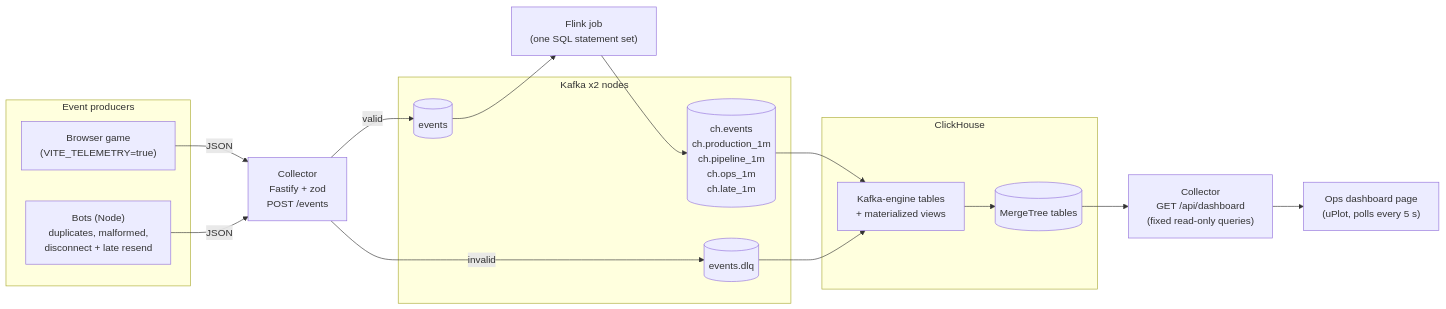
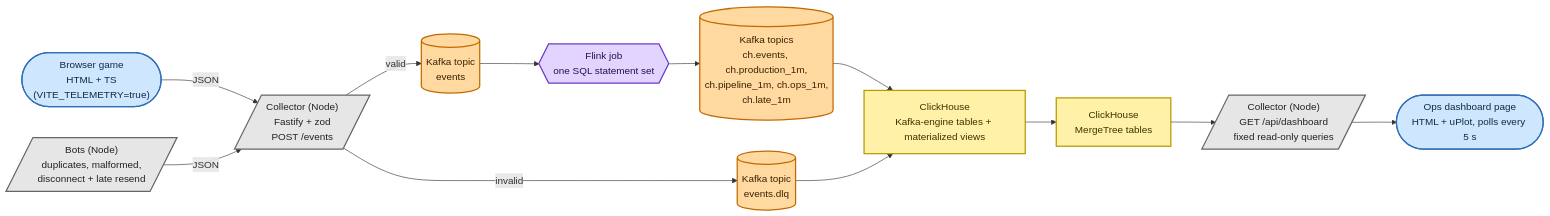
One commit to tses89214/Rise-Slime changed the first of 2 diagrams in docs/pipeline.md. Above: the diagram before and after it, drawn with Mermaid. The commit also changed other lines of this file and 11 other files, not shown here.

First line of the commit message:
M3 finish: tier/trait look + roster, Flink checkpoints and savepoint restart, colour-coded pipeline map

````diff
--- a/docs/pipeline.md
+++ b/docs/pipeline.md
@@ -8,32 +21,36 @@
 ```mermaid
 flowchart LR
-  subgraph clients[Event producers]
-    game["Browser game<br/>(VITE_TELEMETRY=true)"]
-    bots["Bots (Node)<br/>duplicates, malformed,<br/>disconnect + late resend"]
-  end
-  collector["Collector<br/>Fastify + zod<br/>POST /events"]
-  subgraph kafka[Kafka x2 nodes]
-    t_events[("events")]
-    t_dlq[("events.dlq")]
-    t_ch[("ch.events<br/>ch.production_1m<br/>ch.pipeline_1m<br/>ch.ops_1m<br/>ch.late_1m")]
-  end
-  flink["Flink job<br/>(one SQL statement set)"]
-  subgraph ch[ClickHouse]
-    chk["Kafka-engine tables<br/>+ materialized views"]
-    store[("MergeTree tables")]
-  end
-  api["Collector<br/>GET /api/dashboard<br/>(fixed read-only queries)"]
-  dash["Ops dashboard page<br/>(uPlot, polls every 5 s)"]
+  classDef kafka fill:#FFD9A0,stroke:#C26A00,color:#3a2200,stroke-width:2px
+  classDef flink fill:#E3D4FF,stroke:#6A3DC8,color:#22104d,stroke-width:2px
+  classDef ch fill:#FFF2A8,stroke:#B39B00,color:#3b3300,stroke-width:2px
+  classDef html fill:#CFE6FF,stroke:#2F6FB5,color:#0d2a4a,stroke-width:2px
+  classDef node fill:#E6E6E6,stroke:#666,color:#222,stroke-width:2px
+
+  game(["Browser game<br/>HTML + TS<br/>(VITE_TELEMETRY=true)"]):::html
+  bots[/"Bots (Node)<br/>duplicates, malformed,<br/>disconnect + late resend"/]:::node
+  collector[/"Collector (Node)<br/>Fastify + zod<br/>POST /events"/]:::node
+
+  t_events[("Kafka topic<br/>events")]:::kafka
+  t_dlq[("Kafka topic<br/>events.dlq")]:::kafka
+  t_ch[("Kafka topics<br/>ch.events, ch.production_1m,<br/>ch.pipeline_1m, ch.ops_1m,<br/>ch.late_1m")]:::kafka
+
+  flink{{"Flink job<br/>one SQL statement set"}}:::flink
+
+  chk["ClickHouse<br/>Kafka-engine tables + materialized views"]:::ch
+  store["ClickHouse<br/>MergeTree tables"]:::ch
+
+  api[/"Collector (Node)<br/>GET /api/dashboard<br/>fixed read-only queries"/]:::node
+  dash(["Ops dashboard page<br/>HTML + uPlot, polls every 5 s"]):::html
 
   game -->|JSON| collector
   bots -->|JSON| collector
   collector -->|valid| t_events
   collector -->|invalid| t_dlq
   t_events --> flink
   flink --> t_ch
   t_ch --> chk
   t_dlq --> chk
   chk --> store
   store --> api
   api --> dash
 ```
````
